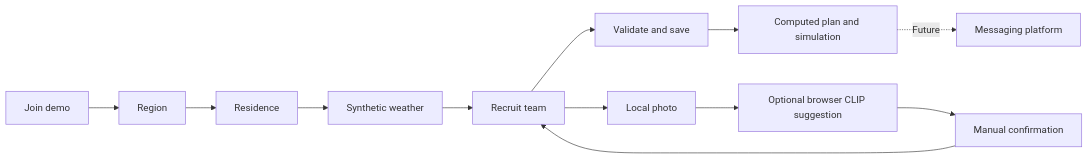
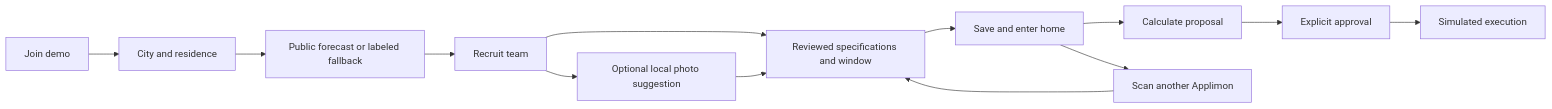
The diagram in ONBOARDING.md (petchppo/housemates), drawn with Mermaid before and after one commit. The commit also changed other lines of this file and 134 other files, not shown here.

````diff
--- a/ONBOARDING.md
+++ b/ONBOARDING.md
@@ -15,14 +16,15 @@
 ```mermaid
 flowchart LR
-  A[Join demo] --> B[Region]
-  B --> C[Residence]
-  C --> D[Synthetic weather]
-  D --> E[Recruit team]
-  E --> F[Validate and save]
-  F --> G[Computed plan and simulation]
-  E --> H[Local photo]
-  H --> I[Optional browser CLIP suggestion]
-  I --> J[Manual confirmation]
-  J --> E
-  G -. Future .-> K[Messaging platform]
+  A[Join demo] --> B[City and residence]
+  B --> C[Public forecast or labeled fallback]
+  C --> D[Recruit team]
+  D --> E[Reviewed specifications and window]
+  E --> F[Save and enter home]
+  D --> G[Optional local photo suggestion]
+  G --> E
+  F --> H[Calculate proposal]
+  H --> I[Explicit approval]
+  I --> J[Simulated execution]
+  F --> K[Scan another Applimon]
+  K --> E
 ```
````
